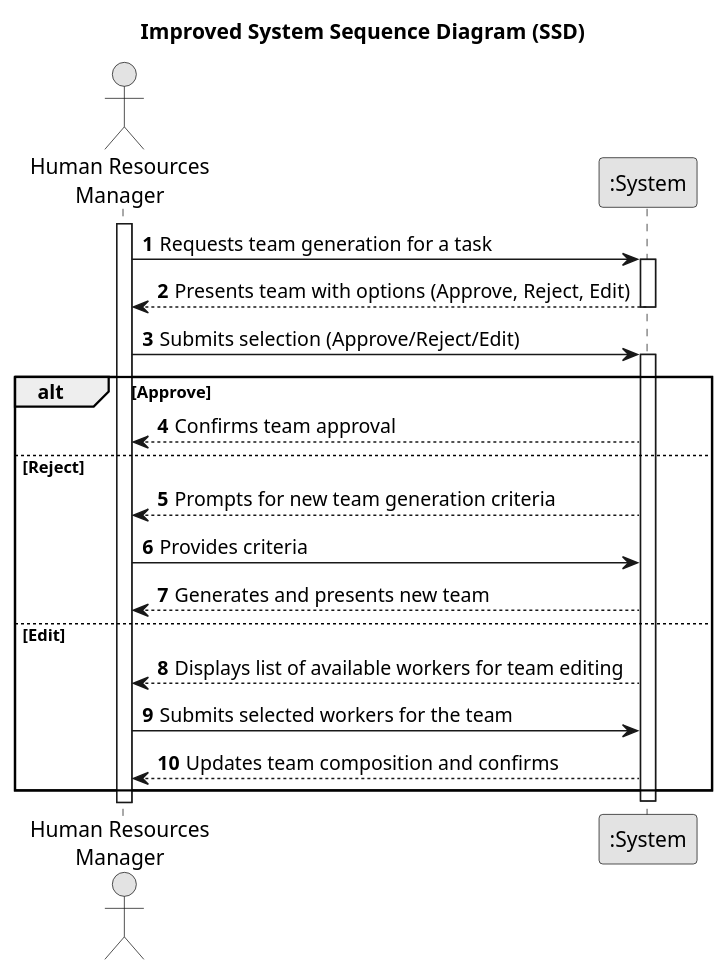
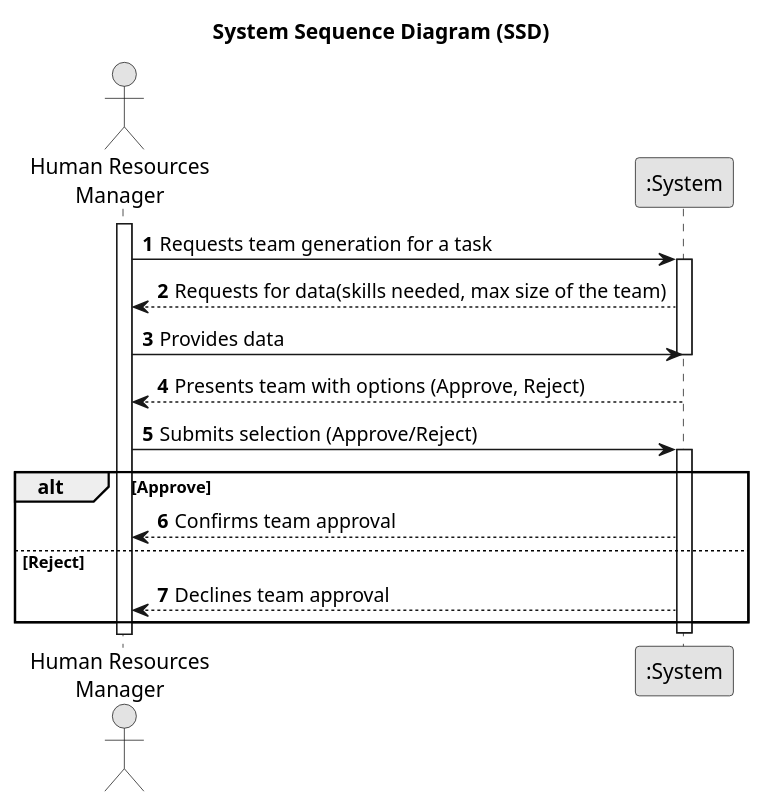
Before and after one commit to Mendoncaa/LAPR2: the diagram in docs/sprintA/us005/01.requirements-engineering/puml/us005-system-sequence-diagram.puml, drawn with PlantUML.

Commit message:
US005 SSD update - remove edit team option

```diff
--- a/docs/sprintA/us005/01.requirements-engineering/puml/us005-system-sequence-diagram.puml
+++ b/docs/sprintA/us005/01.requirements-engineering/puml/us005-system-sequence-diagram.puml
@@ -1,38 +1,38 @@
 @startuml
 skinparam monochrome true
 skinparam packageStyle rectangle
 skinparam shadowing false
 
-title Improved System Sequence Diagram (SSD)
+title System Sequence Diagram (SSD)
 
 autonumber
 
 actor "Human Resources\nManager" as HRManager
 participant ":System" as System
 
 activate HRManager
 
 HRManager -> System : Requests team generation for a task
 activate System
 
-    System --> HRManager : Presents team with options (Approve, Reject, Edit)
-deactivate System
+    System --> HRManager : Requests for data(skills needed, max size of the team)
+    
+    HRManager -> System : Provides data
+    deactivate System
 
-HRManager -> System : Submits selection (Approve/Reject/Edit)
+    
+    System --> HRManager : Presents team with options (Approve, Reject)
+
+
+HRManager -> System : Submits selection (Approve/Reject)
 activate System
 
 alt Approve
     System --> HRManager : Confirms team approval
 else Reject
-    System --> HRManager : Prompts for new team generation criteria
-    HRManager -> System : Provides criteria
-    System --> HRManager : Generates and presents new team
-else Edit
-    System --> HRManager : Displays list of available workers for team editing
-    HRManager -> System : Submits selected workers for the team
-    System --> HRManager : Updates team composition and confirms
+    System --> HRManager : Declines team approval
 end
 
-deactivate System
+deactivate System
 
 @enduml
```
